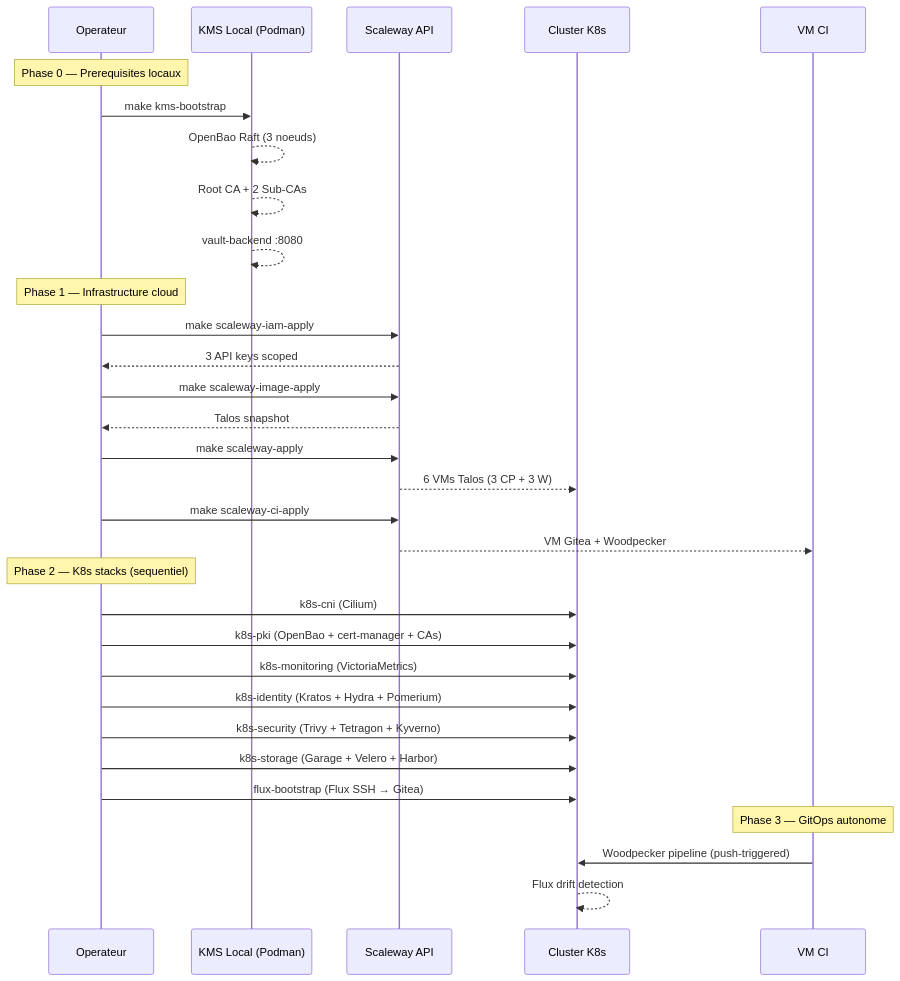
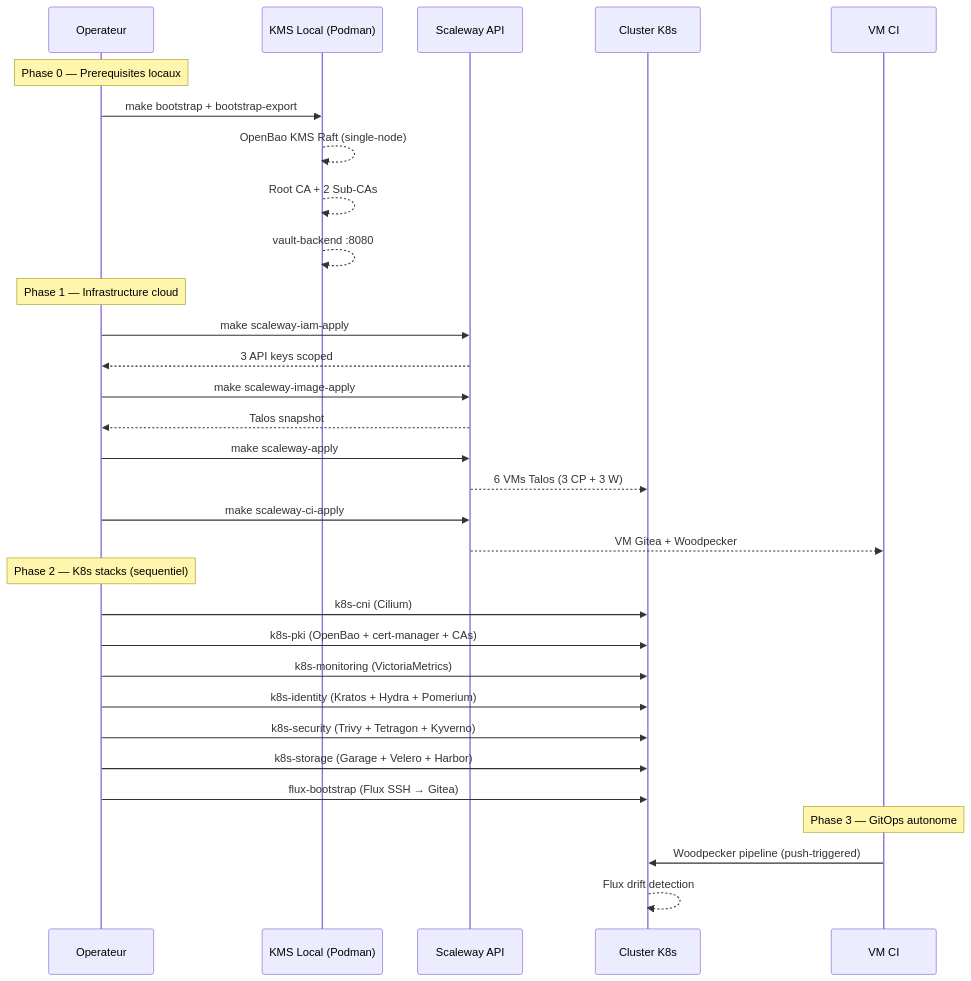
Diagram 12 of 12 in docs/explanation/bootstrap.md (Destynova2/st4ck), drawn with Mermaid before and after one commit. The commit also changed other lines of this file and 25 other files, not shown here.

First line of the commit message:
docs: align docs with ADR-033 OpenBao/ESO/Flux ownership model

````diff
--- a/docs/explanation/bootstrap.md
+++ b/docs/explanation/bootstrap.md
@@ -214,37 +214,37 @@
 ```mermaid
 sequenceDiagram
     participant OP as Operateur
     participant KMS as KMS Local (Podman)
     participant SCW as Scaleway API
     participant K8S as Cluster K8s
     participant CI as VM CI
 
     Note over OP: Phase 0 — Prerequisites locaux
-    OP->>KMS: make kms-bootstrap
-    KMS-->>KMS: OpenBao Raft (3 noeuds)
+    OP->>KMS: make bootstrap + bootstrap-export
+    KMS-->>KMS: OpenBao KMS Raft (single-node)
     KMS-->>KMS: Root CA + 2 Sub-CAs
     KMS-->>KMS: vault-backend :8080
 
     Note over OP: Phase 1 — Infrastructure cloud
     OP->>SCW: make scaleway-iam-apply
     SCW-->>OP: 3 API keys scoped
     OP->>SCW: make scaleway-image-apply
     SCW-->>OP: Talos snapshot
     OP->>SCW: make scaleway-apply
     SCW-->>K8S: 6 VMs Talos (3 CP + 3 W)
     OP->>SCW: make scaleway-ci-apply
     SCW-->>CI: VM Gitea + Woodpecker
 
     Note over OP: Phase 2 — K8s stacks (sequentiel)
     OP->>K8S: k8s-cni (Cilium)
     OP->>K8S: k8s-pki (OpenBao + cert-manager + CAs)
     OP->>K8S: k8s-monitoring (VictoriaMetrics)
     OP->>K8S: k8s-identity (Kratos + Hydra + Pomerium)
     OP->>K8S: k8s-security (Trivy + Tetragon + Kyverno)
     OP->>K8S: k8s-storage (Garage + Velero + Harbor)
     OP->>K8S: flux-bootstrap (Flux SSH → Gitea)
 
     Note over CI: Phase 3 — GitOps autonome
     CI->>K8S: Woodpecker pipeline (push-triggered)
     K8S-->>K8S: Flux drift detection
 ```
````
